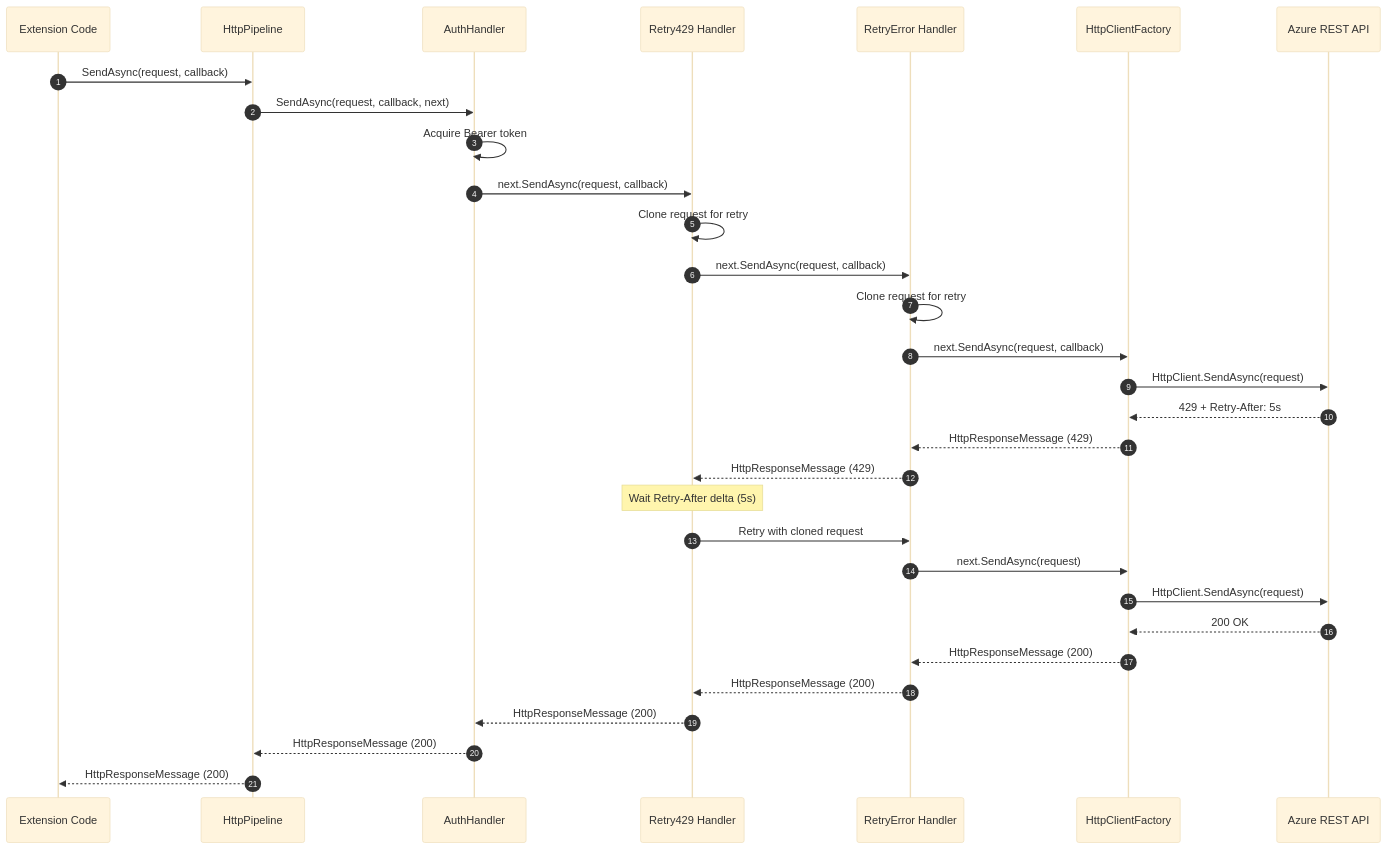
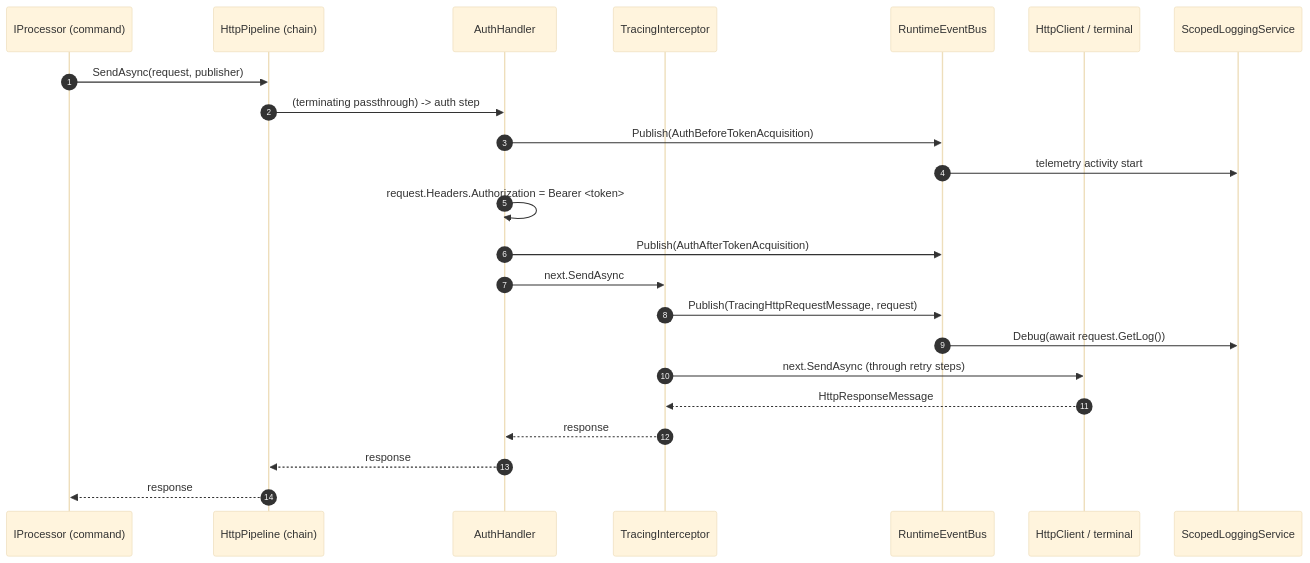
One commit to Azure/azclips changed the second of 2 diagrams in wiki/02-deep-dive/http-pipeline.md. Above: the diagram before and after it, drawn with Mermaid (base theme). The commit also changed other lines of this file and 19 other files, not shown here.

````diff
--- a/wiki/02-deep-dive/http-pipeline.md
+++ b/wiki/02-deep-dive/http-pipeline.md
@@ -207,34 +180,26 @@
 ```mermaid
 sequenceDiagram
     autonumber
-    participant Caller as Extension Code
-    participant Pipeline as HttpPipeline
+    participant Cmd as IProcessor (command)
+    participant Pipe as HttpPipeline (chain)
     participant Auth as AuthHandler
-    participant Retry429 as Retry429 Handler
-    participant RetryErr as RetryError Handler
-    participant Terminal as HttpClientFactory
-    participant Azure as Azure REST API
+    participant Trace as TracingInterceptor
+    participant Bus as RuntimeEventBus
+    participant Net as HttpClient / terminal
+    participant Log as ScopedLoggingService
 
-    Caller->>Pipeline: SendAsync(request, callback)
-    Pipeline->>Auth: SendAsync(request, callback, next)
-    Auth->>Auth: Acquire Bearer token
-    Auth->>Retry429: next.SendAsync(request, callback)
-    Retry429->>Retry429: Clone request for retry
-    Retry429->>RetryErr: next.SendAsync(request, callback)
-    RetryErr->>RetryErr: Clone request for retry
-    RetryErr->>Terminal: next.SendAsync(request, callback)
-    Terminal->>Azure: HttpClient.SendAsync(request)
-    Azure-->>Terminal: 429 + Retry-After: 5s
-    Terminal-->>RetryErr: HttpResponseMessage (429)
-    RetryErr-->>Retry429: HttpResponseMessage (429)
-    Note over Retry429: Wait Retry-After delta (5s)
-    Retry429->>RetryErr: Retry with cloned request
-    RetryErr->>Terminal: next.SendAsync(request)
-    Terminal->>Azure: HttpClient.SendAsync(request)
-    Azure-->>Terminal: 200 OK
-    Terminal-->>RetryErr: HttpResponseMessage (200)
-    RetryErr-->>Retry429: HttpResponseMessage (200)
-    Retry429-->>Auth: HttpResponseMessage (200)
-    Auth-->>Pipeline: HttpResponseMessage (200)
-    Pipeline-->>Caller: HttpResponseMessage (200)
+    Cmd->>Pipe: SendAsync(request, publisher)
+    Pipe->>Auth: (terminating passthrough) -> auth step
+    Auth->>Bus: Publish(AuthBeforeTokenAcquisition)
+    Bus->>Log: telemetry activity start
+    Auth->>Auth: request.Headers.Authorization = Bearer <token>
+    Auth->>Bus: Publish(AuthAfterTokenAcquisition)
+    Auth->>Trace: next.SendAsync
+    Trace->>Bus: Publish(TracingHttpRequestMessage, request)
+    Bus->>Log: Debug(await request.GetLog())
+    Trace->>Net: next.SendAsync (through retry steps)
+    Net-->>Trace: HttpResponseMessage
+    Trace-->>Auth: response
+    Auth-->>Pipe: response
+    Pipe-->>Cmd: response
 ```
````
